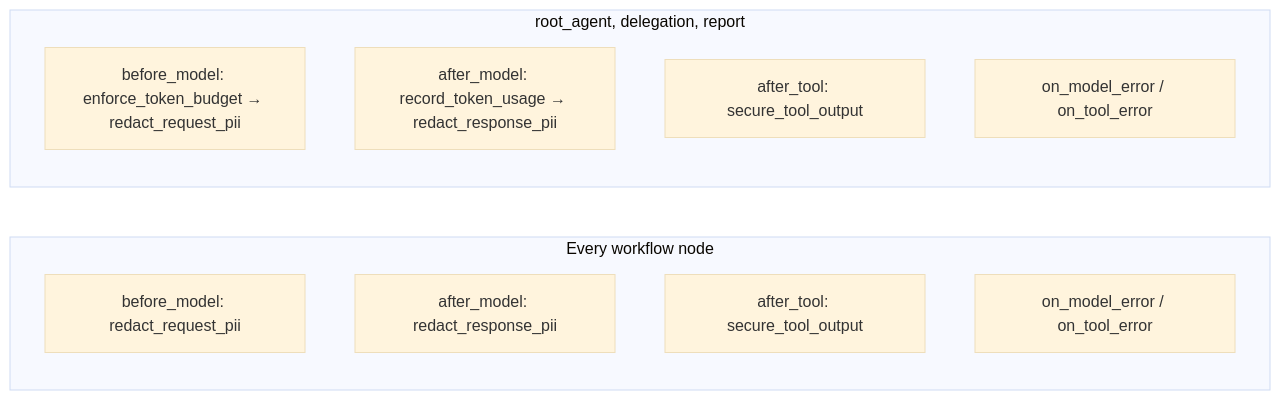
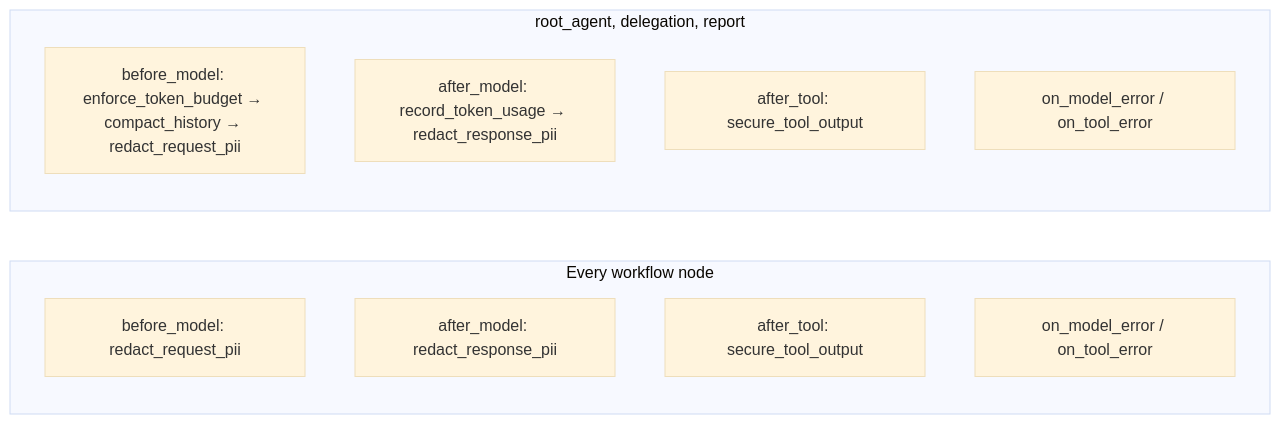
One commit to LuiGGi629/agentops-open-course changed the third of 3 diagrams in docs/3. Capabilities/3.5. Workflows.md. Above: the diagram before and after it, drawn with Mermaid (base theme). The commit also changed 21 other files, not shown here.

````diff
--- a/docs/3. Capabilities/3.5. Workflows.md
+++ b/docs/3. Capabilities/3.5. Workflows.md
@@ -176,17 +176,17 @@
 ```mermaid
 flowchart LR
     subgraph node["Every workflow node"]
       direction TB
       n1["before_model: redact_request_pii"]
       n2["after_model: redact_response_pii"]
       n3["after_tool: secure_tool_output"]
       n4["on_model_error / on_tool_error"]
     end
     subgraph root["root_agent, delegation, report"]
       direction TB
-      r1["before_model: enforce_token_budget → redact_request_pii"]
+      r1["before_model: enforce_token_budget → compact_history → redact_request_pii"]
       r2["after_model: record_token_usage → redact_response_pii"]
       r4["after_tool: secure_tool_output"]
       r5["on_model_error / on_tool_error"]
     end
 ```
````
